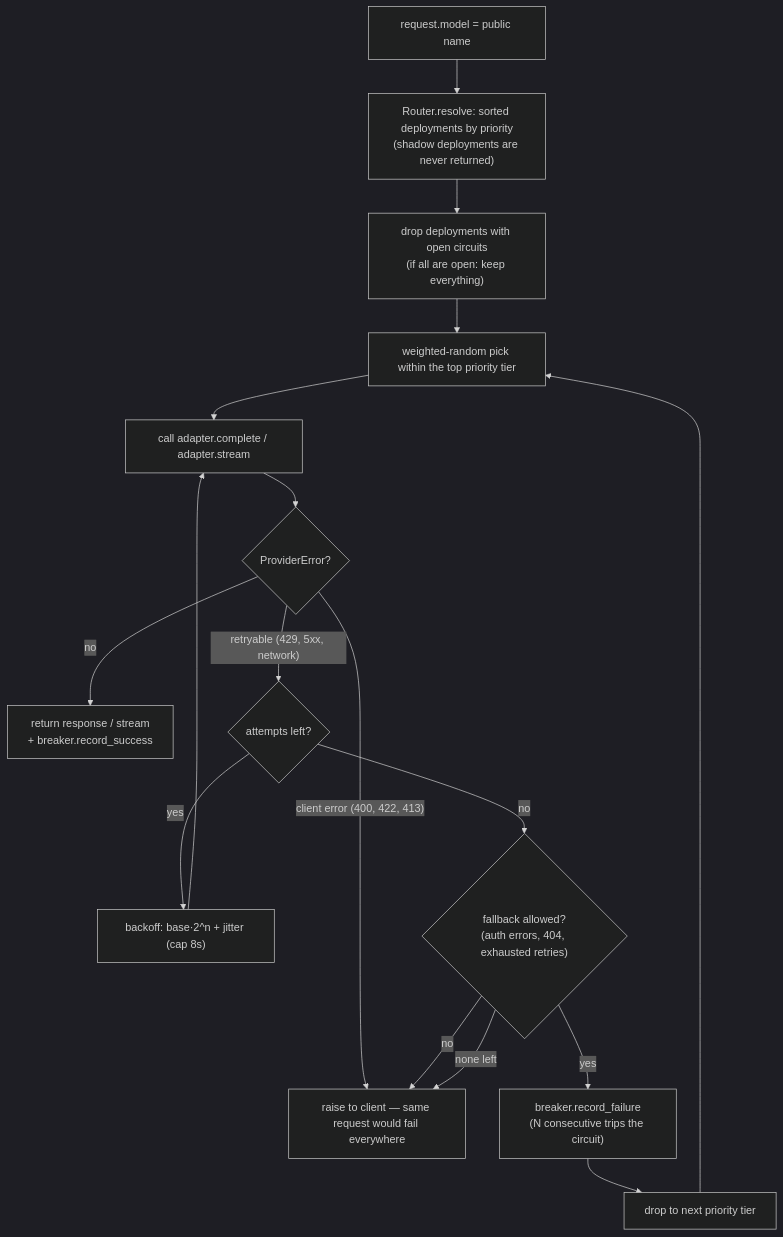
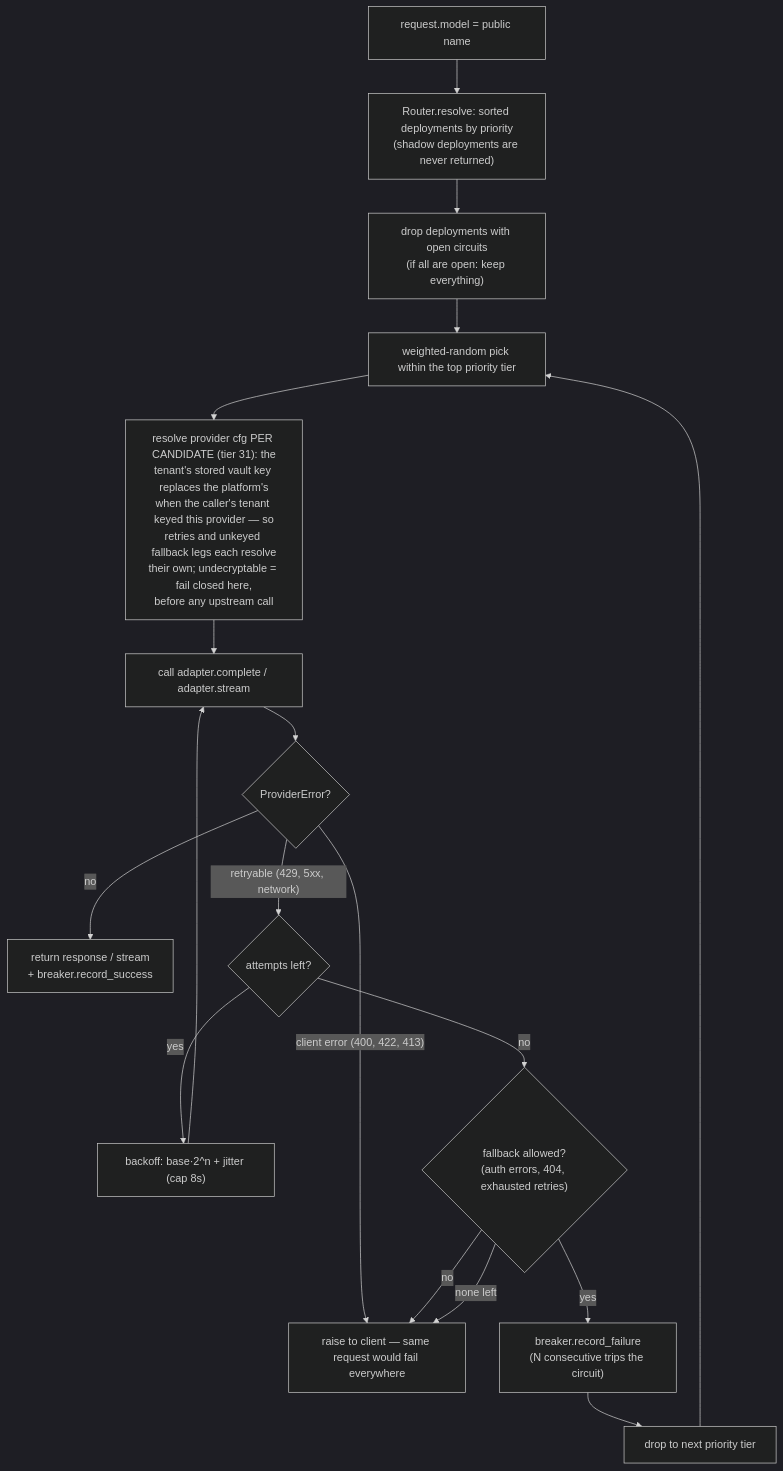
The seventh of 9 diagrams in ARCHITECTURE.md (hinadome/llm_gateway), drawn with Mermaid (dark theme) before and after one commit. The commit also changed other lines of this file and 18 other files, not shown here.

````diff
--- a/ARCHITECTURE.md
+++ b/ARCHITECTURE.md
@@ -1288,16 +1343,17 @@
 ```mermaid
 flowchart TD
     REQ["request.model = public name"] --> RESOLVE["Router.resolve: sorted deployments by priority<br/>(shadow deployments are never returned)"]
     RESOLVE --> FILTER["drop deployments with open circuits<br/>(if all are open: keep everything)"]
     FILTER --> PICK["weighted-random pick within the top priority tier"]
-    PICK --> CALL["call adapter.complete / adapter.stream"]
+    PICK --> BYOK["resolve provider cfg PER CANDIDATE (tier 31): the<br/>tenant's stored vault key replaces the platform's<br/>when the caller's tenant keyed this provider — so<br/>retries and unkeyed fallback legs each resolve<br/>their own; undecryptable = fail closed here,<br/>before any upstream call"]
+    BYOK --> CALL["call adapter.complete / adapter.stream"]
     CALL --> ERR{"ProviderError?"}
     ERR -->|no| OK["return response / stream<br/>+ breaker.record_success"]
     ERR -->|"retryable (429, 5xx, network)"| RETRY{"attempts left?"}
     RETRY -->|yes| SLEEP["backoff: base·2^n + jitter (cap 8s)"] --> CALL
     RETRY -->|no| FB{"fallback allowed?<br/>(auth errors, 404, exhausted retries)"}
     ERR -->|"client error (400, 422, 413)"| RAISE["raise to client — same request would fail everywhere"]
     FB -->|no| RAISE
     FB -->|yes| TRIP["breaker.record_failure<br/>(N consecutive trips the circuit)"] --> NEXT["drop to next priority tier"] --> PICK
     FB -->|"none left"| RAISE
 ```
````
